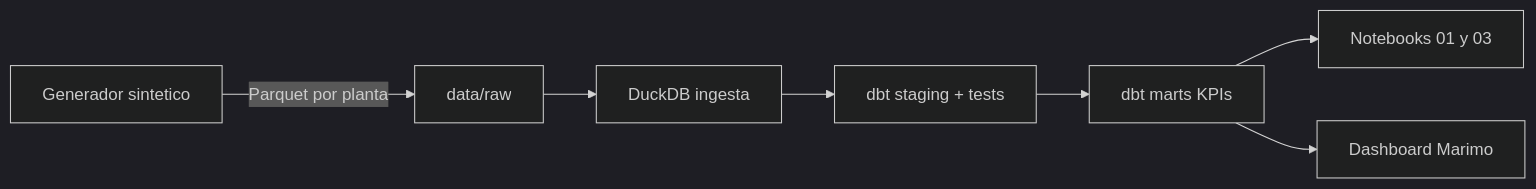
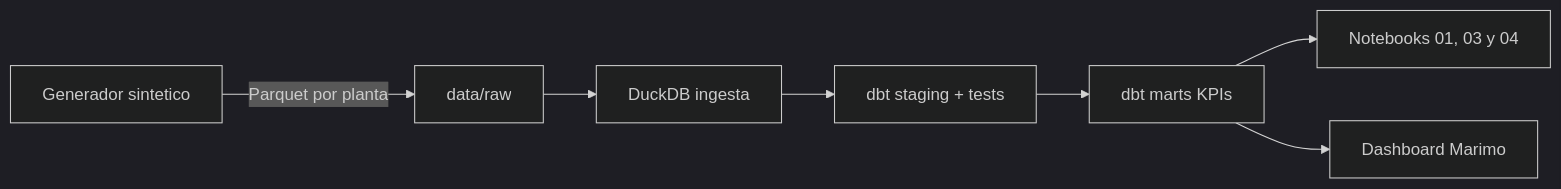
One commit to juancarlospradologistica-hub/returnable-packaging-intelligence changed the first of 3 diagrams in README.md. Above: the diagram before and after it, drawn with Mermaid (dark theme). The commit also changed other lines of this file and 1 other file, not shown here.

````diff
--- a/README.md
+++ b/README.md
@@ -32,9 +32,9 @@
 ```mermaid
 flowchart LR
     A[Generador sintetico] -->|Parquet por planta| B[data/raw]
     B --> C[DuckDB ingesta]
     C --> D[dbt staging + tests]
     D --> E[dbt marts KPIs]
-    E --> F[Notebooks 01 y 03]
+    E --> F[Notebooks 01, 03 y 04]
     E --> G[Dashboard Marimo]
 ```
````
